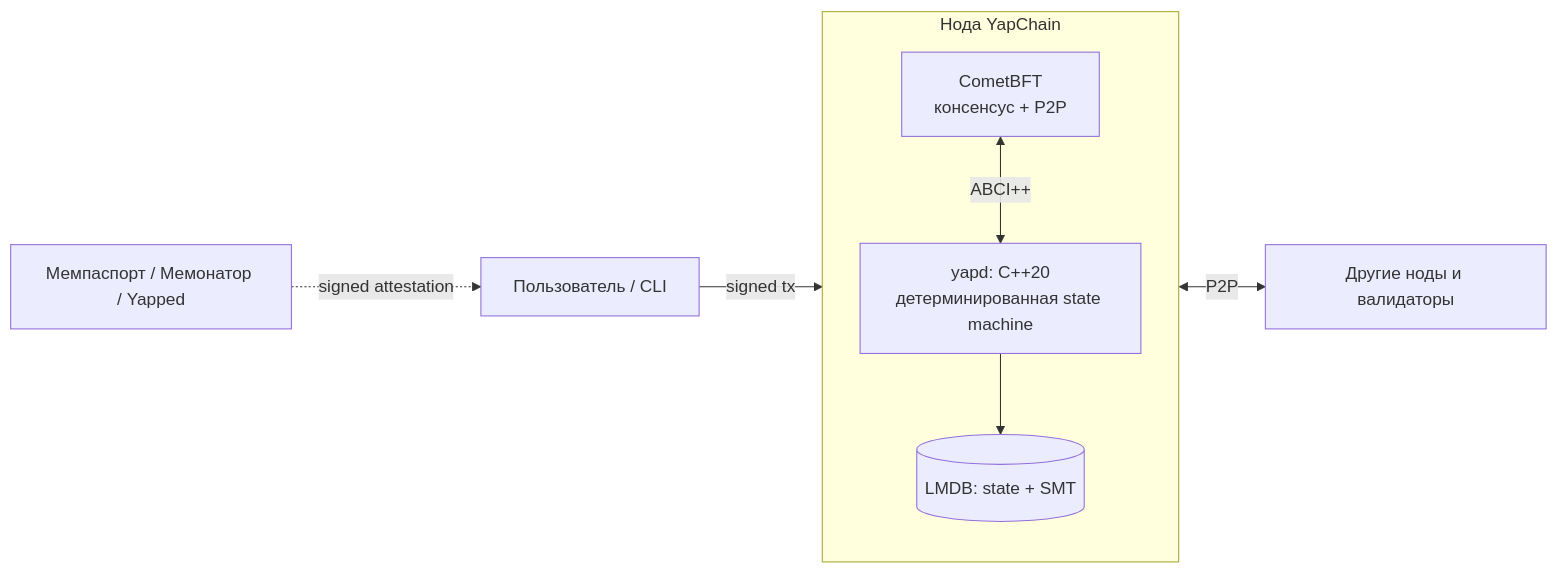
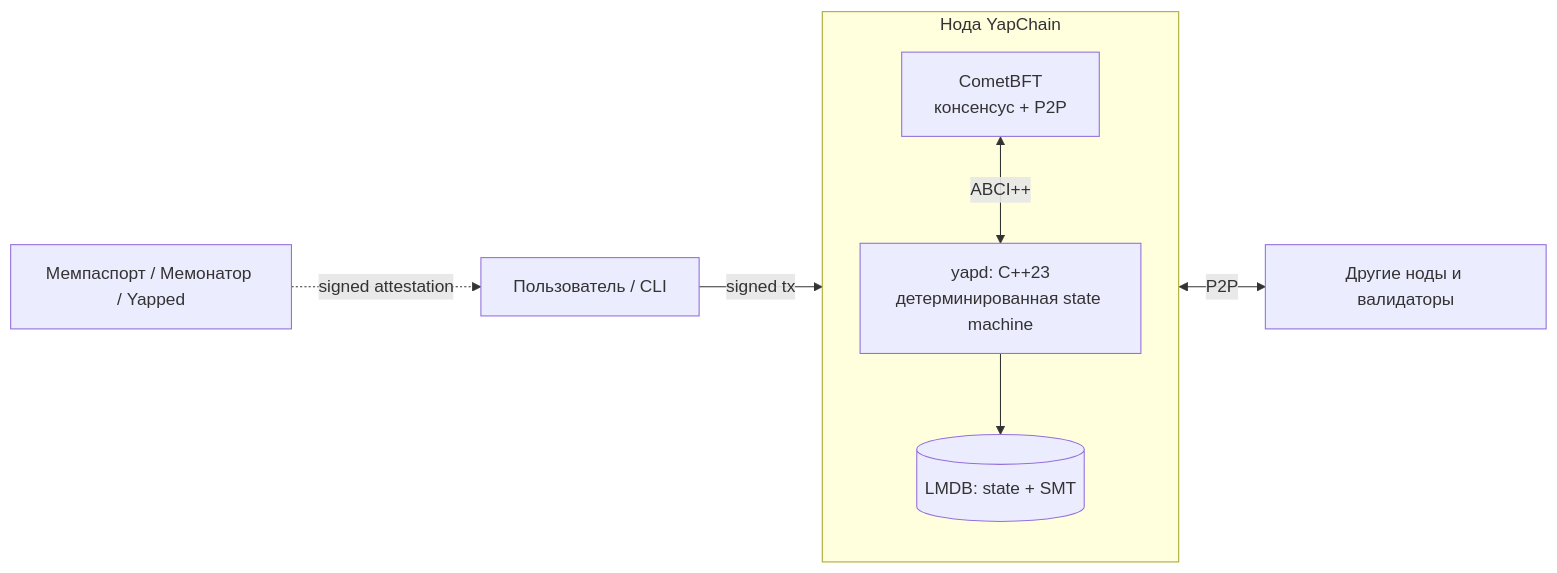
One commit to MarvinParanoid/YapChain changed the diagram in README.md. Above: the diagram before and after it, drawn with Mermaid. The commit also changed other lines of this file and 5 other files, not shown here.

````diff
--- a/README.md
+++ b/README.md
@@ -119,10 +121,10 @@
 ```mermaid
 flowchart LR
     U[Пользователь / CLI] -->|signed tx| N
     A[Мемпаспорт / Мемонатор / Yapped] -.->|signed attestation| U
     subgraph N[Нода YapChain]
-        C[CometBFT<br/>консенсус + P2P] <-->|ABCI++| APP[yapd: C++20<br/>детерминированная state machine]
+        C[CometBFT<br/>консенсус + P2P] <-->|ABCI++| APP[yapd: C++23<br/>детерминированная state machine]
         APP --> DB[(LMDB: state + SMT)]
     end
     N <-->|P2P| N2[Другие ноды и валидаторы]
 ```
````
